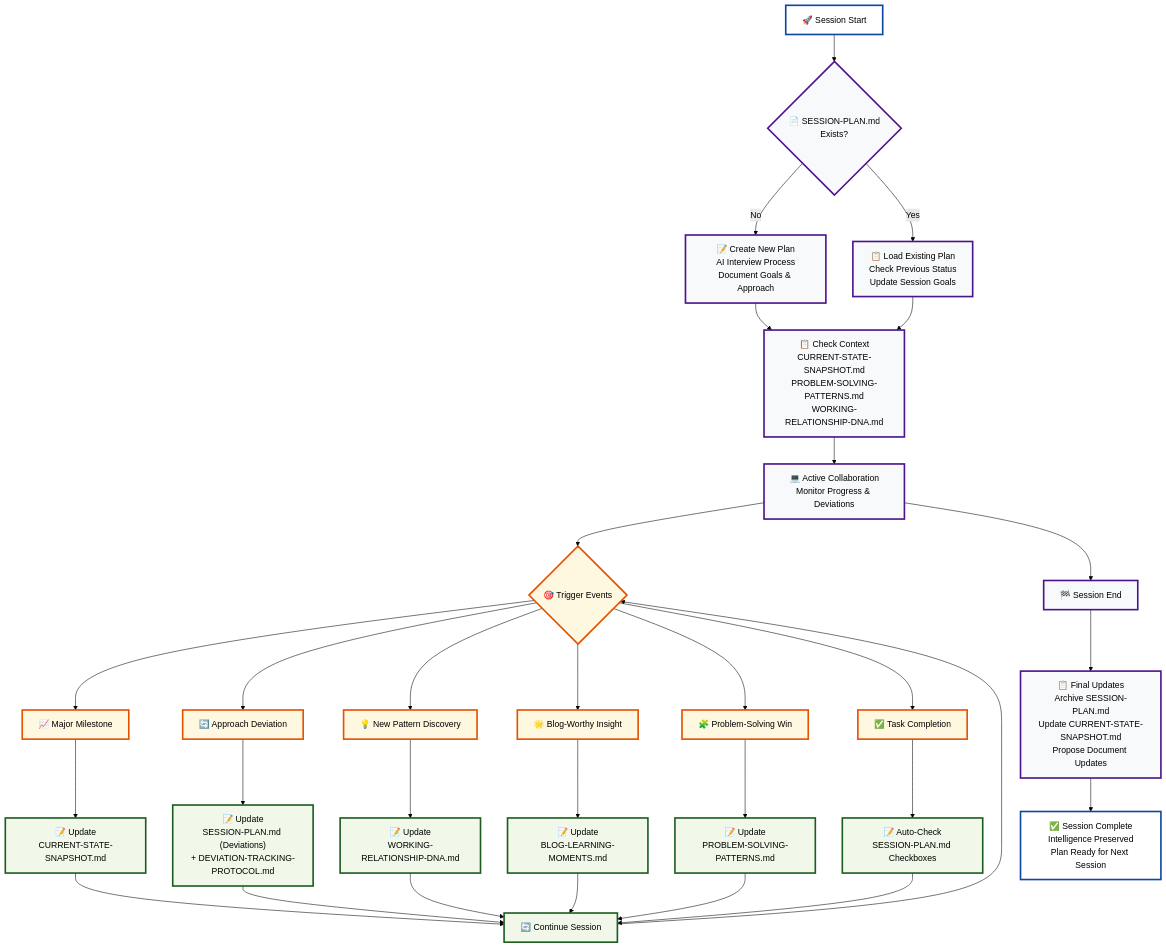
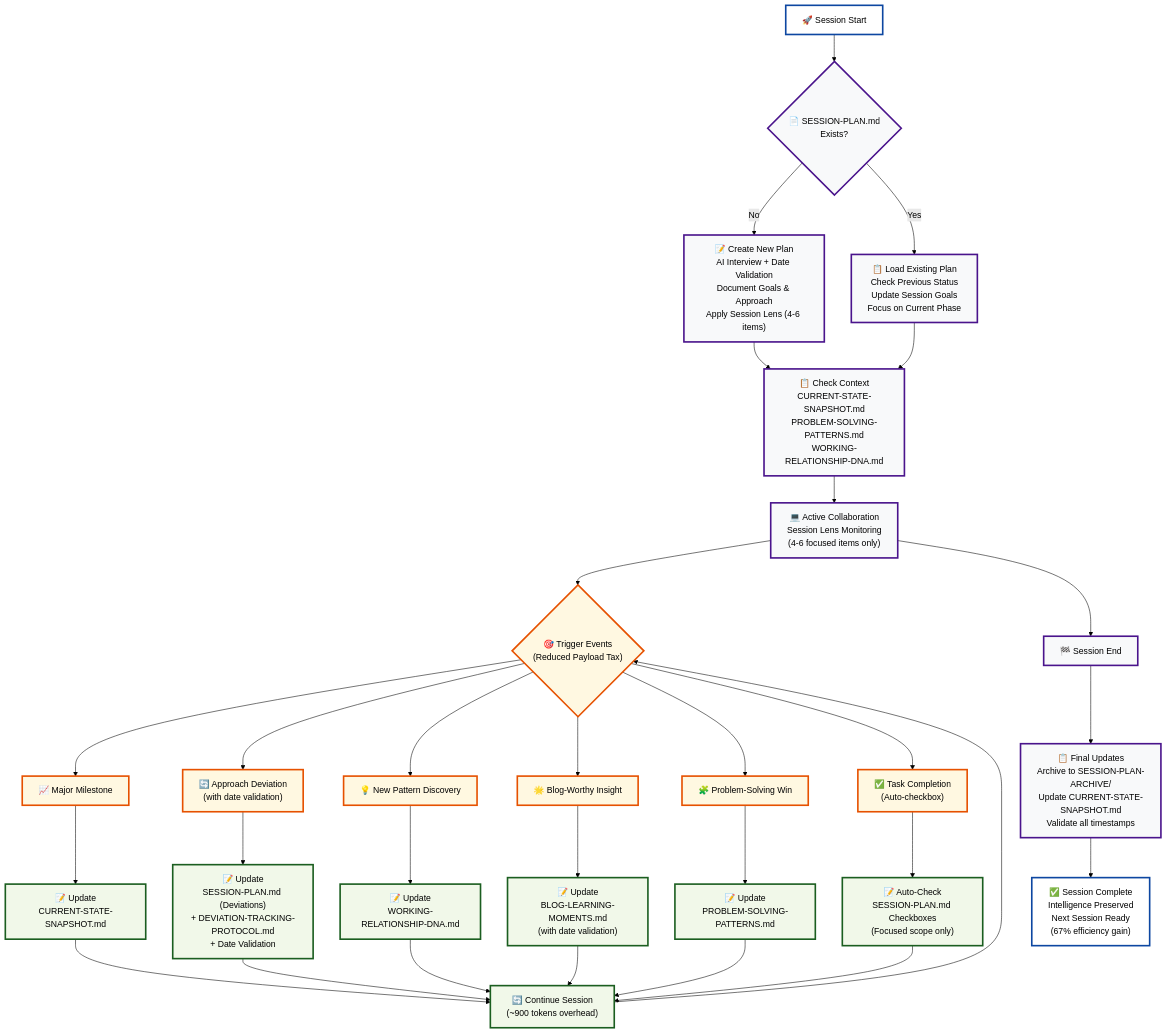
The diagram in session-continuity/README.md (ronanchris/professional-markdown-toolkit-v2), drawn with Mermaid (forest theme) before and after one commit. The commit also changed other lines of this file and 4 other files, not shown here.

First line of the commit message:
Session 3 Complete: Implement Plan-Driven Session Management System

````diff
--- a/session-continuity/README.md
+++ b/session-continuity/README.md
@@ -6,52 +6,52 @@
 ```mermaid
 graph TD
     A["🚀 Session Start"] --> B{"📄 SESSION-PLAN.md<br/>Exists?"}
     
-    B -->|No| C["📝 Create New Plan<br/>AI Interview Process<br/>Document Goals & Approach"]
-    B -->|Yes| D["📋 Load Existing Plan<br/>Check Previous Status<br/>Update Session Goals"]
+    B -->|No| C["📝 Create New Plan<br/>AI Interview + Date Validation<br/>Document Goals & Approach<br/>Apply Session Lens (4-6 items)"]
+    B -->|Yes| D["📋 Load Existing Plan<br/>Check Previous Status<br/>Update Session Goals<br/>Focus on Current Phase"]
     
     C --> E["📋 Check Context<br/>CURRENT-STATE-SNAPSHOT.md<br/>PROBLEM-SOLVING-PATTERNS.md<br/>WORKING-RELATIONSHIP-DNA.md"]
     D --> E
     
-    E --> F["💻 Active Collaboration<br/>Monitor Progress & Deviations"]
+    E --> F["💻 Active Collaboration<br/>Session Lens Monitoring<br/>(4-6 focused items only)"]
     
-    F --> G{"🎯 Trigger Events"}
+    F --> G{"🎯 Trigger Events<br/>(Reduced Payload Tax)"}
     
     G --> H["📈 Major Milestone"] 
-    G --> I["🔄 Approach Deviation"]
+    G --> I["🔄 Approach Deviation<br/>(with date validation)"]
     G --> J["💡 New Pattern Discovery"]
     G --> K["🌟 Blog-Worthy Insight"]
     G --> L["🧩 Problem-Solving Win"]
-    G --> M["✅ Task Completion"]
+    G --> M["✅ Task Completion<br/>(Auto-checkbox)"]
     
     H --> N["📝 Update<br/>CURRENT-STATE-SNAPSHOT.md"]
-    I --> O["📝 Update<br/>SESSION-PLAN.md (Deviations)<br/>+ DEVIATION-TRACKING-PROTOCOL.md"]
+    I --> O["📝 Update<br/>SESSION-PLAN.md (Deviations)<br/>+ DEVIATION-TRACKING-PROTOCOL.md<br/>+ Date Validation"]
     J --> P["📝 Update<br/>WORKING-RELATIONSHIP-DNA.md"]
-    K --> Q["📝 Update<br/>BLOG-LEARNING-MOMENTS.md"]
+    K --> Q["📝 Update<br/>BLOG-LEARNING-MOMENTS.md<br/>(with date validation)"]
     L --> R["📝 Update<br/>PROBLEM-SOLVING-PATTERNS.md"]
-    M --> S["📝 Auto-Check<br/>SESSION-PLAN.md Checkboxes"]
+    M --> S["📝 Auto-Check<br/>SESSION-PLAN.md Checkboxes<br/>(Focused scope only)"]
     
-    N --> T["🔄 Continue Session"]
+    N --> T["🔄 Continue Session<br/>(~900 tokens overhead)"]
     O --> T
     P --> T
     Q --> T
     R --> T
     S --> T
     
     T --> G
     
     F --> U["🏁 Session End"]
-    U --> V["📋 Final Updates<br/>Archive SESSION-PLAN.md<br/>Update CURRENT-STATE-SNAPSHOT.md<br/>Propose Document Updates"]
+    U --> V["📋 Final Updates<br/>Archive to SESSION-PLAN-ARCHIVE/<br/>Update CURRENT-STATE-SNAPSHOT.md<br/>Validate all timestamps"]
     
-    V --> W["✅ Session Complete<br/>Intelligence Preserved<br/>Plan Ready for Next Session"]
+    V --> W["✅ Session Complete<br/>Intelligence Preserved<br/>Next Session Ready<br/>(67% efficiency gain)"]
     
     classDef startEnd fill:#ffffff,stroke:#0d47a1,stroke-width:3px,color:#000000
     classDef process fill:#f8f9fa,stroke:#4a148c,stroke-width:3px,color:#000000
     classDef trigger fill:#fff8e1,stroke:#e65100,stroke-width:3px,color:#000000
     classDef update fill:#f1f8e9,stroke:#1b5e20,stroke-width:3px,color:#000000
     
     class A,W startEnd
     class B,C,D,E,F,U,V process
     class G,H,I,J,K,L,M trigger
     class N,O,P,Q,R,S,T update
 ```
````
